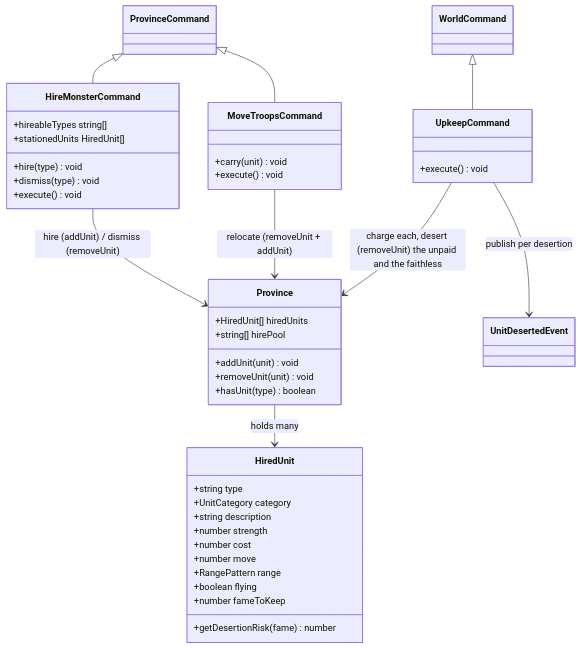
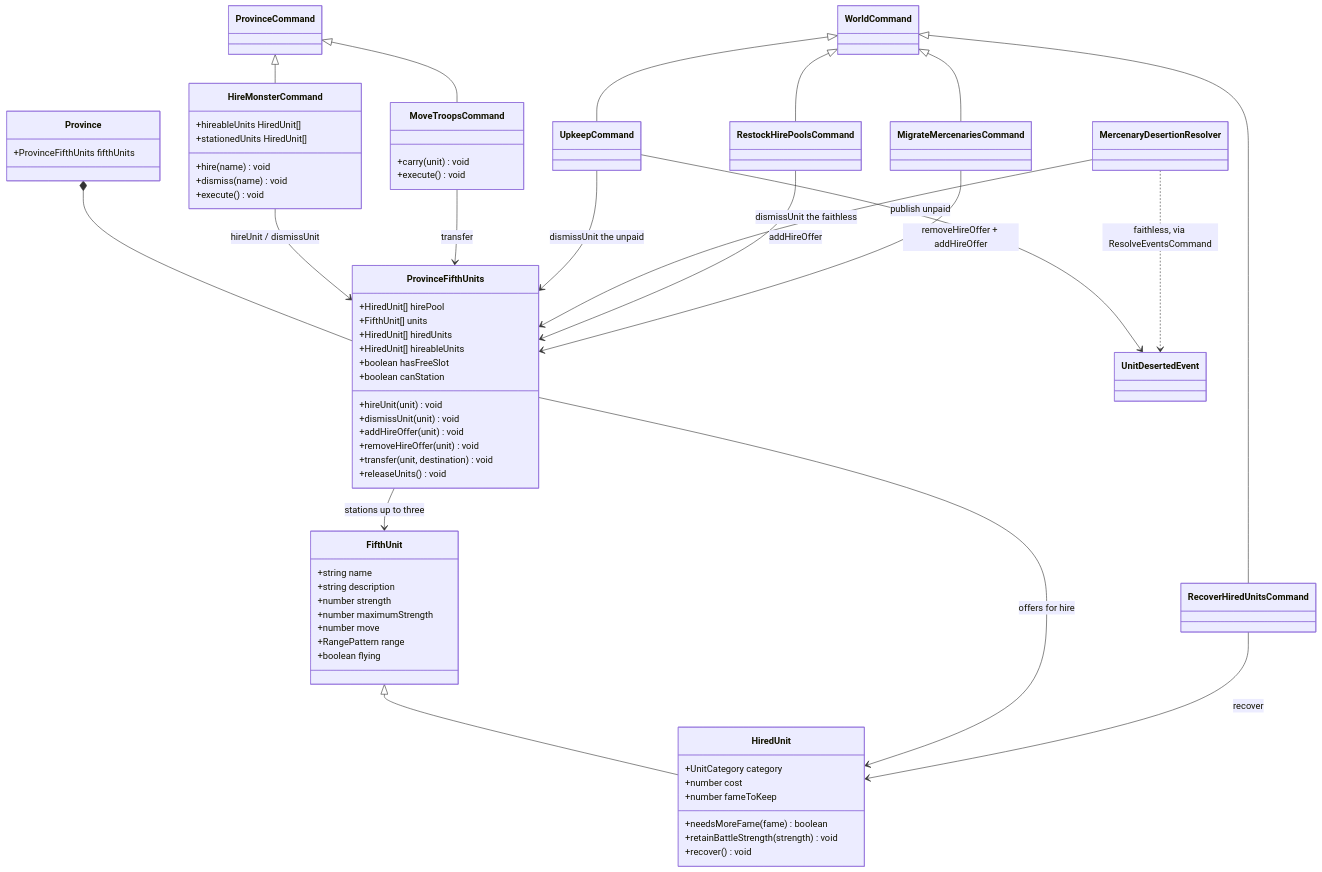
The second of 4 diagrams in gemstorm/docs/design/06-fifth-units.md (pslotinsky/kunstkamera), drawn with Mermaid before and after one commit. The commit also changed other lines of this file and 19 other files, not shown here.

````diff
--- a/gemstorm/docs/design/06-fifth-units.md
+++ b/gemstorm/docs/design/06-fifth-units.md
@@ -122,44 +130,72 @@
 ```mermaid
 classDiagram
-  class HiredUnit {
-    +string type
-    +UnitCategory category
+  class FifthUnit {
+    +string name
     +string description
     +number strength
-    +number cost
+    +number maximumStrength
     +number move
     +RangePattern range
     +boolean flying
+  }
+  class HiredUnit {
+    +UnitCategory category
+    +number cost
     +number fameToKeep
-    +getDesertionRisk(fame) number
+    +needsMoreFame(fame) boolean
+    +retainBattleStrength(strength) void
+    +recover() void
+  }
+  class ProvinceFifthUnits {
+    +HiredUnit[] hirePool
+    +FifthUnit[] units
+    +HiredUnit[] hiredUnits
+    +HiredUnit[] hireableUnits
+    +boolean hasFreeSlot
+    +boolean canStation
+    +hireUnit(unit) void
+    +dismissUnit(unit) void
+    +addHireOffer(unit) void
+    +removeHireOffer(unit) void
+    +transfer(unit, destination) void
+    +releaseUnits() void
   }
   class Province {
-    +HiredUnit[] hiredUnits
-    +string[] hirePool
-    +addUnit(unit) void
-    +removeUnit(unit) void
-    +hasUnit(type) boolean
+    +ProvinceFifthUnits fifthUnits
   }
   class HireMonsterCommand {
-    +hireableTypes string[]
+    +hireableUnits HiredUnit[]
     +stationedUnits HiredUnit[]
-    +hire(type) void
-    +dismiss(type) void
+    +hire(name) void
+    +dismiss(name) void
     +execute() void
   }
   class MoveTroopsCommand {
     +carry(unit) void
     +execute() void
   }
-  class UpkeepCommand {
-    +execute() void
-  }
+  class UpkeepCommand
+  class RecoverHiredUnitsCommand
+  class RestockHirePoolsCommand
+  class MigrateMercenariesCommand
+  class MercenaryDesertionResolver
+  FifthUnit <|-- HiredUnit
   ProvinceCommand <|-- HireMonsterCommand
   ProvinceCommand <|-- MoveTroopsCommand
   WorldCommand <|-- UpkeepCommand
-  HireMonsterCommand --> Province : hire (addUnit) / dismiss (removeUnit)
-  MoveTroopsCommand --> Province : relocate (removeUnit + addUnit)
-  UpkeepCommand --> Province : charge each, desert (removeUnit) the unpaid and the faithless
-  UpkeepCommand --> UnitDesertedEvent : publish per desertion
-  Province --> HiredUnit : holds many
+  WorldCommand <|-- RecoverHiredUnitsCommand
+  WorldCommand <|-- RestockHirePoolsCommand
+  WorldCommand <|-- MigrateMercenariesCommand
+  Province *-- ProvinceFifthUnits
+  ProvinceFifthUnits --> FifthUnit : stations up to three
+  ProvinceFifthUnits --> HiredUnit : offers for hire
+  HireMonsterCommand --> ProvinceFifthUnits : hireUnit / dismissUnit
+  MoveTroopsCommand --> ProvinceFifthUnits : transfer
+  UpkeepCommand --> ProvinceFifthUnits : dismissUnit the unpaid
+  MercenaryDesertionResolver --> ProvinceFifthUnits : dismissUnit the faithless
+  RecoverHiredUnitsCommand --> HiredUnit : recover
+  RestockHirePoolsCommand --> ProvinceFifthUnits : addHireOffer
+  MigrateMercenariesCommand --> ProvinceFifthUnits : removeHireOffer + addHireOffer
+  UpkeepCommand --> UnitDesertedEvent : publish unpaid
+  MercenaryDesertionResolver ..> UnitDesertedEvent : faithless, via ResolveEventsCommand
 ```
````
